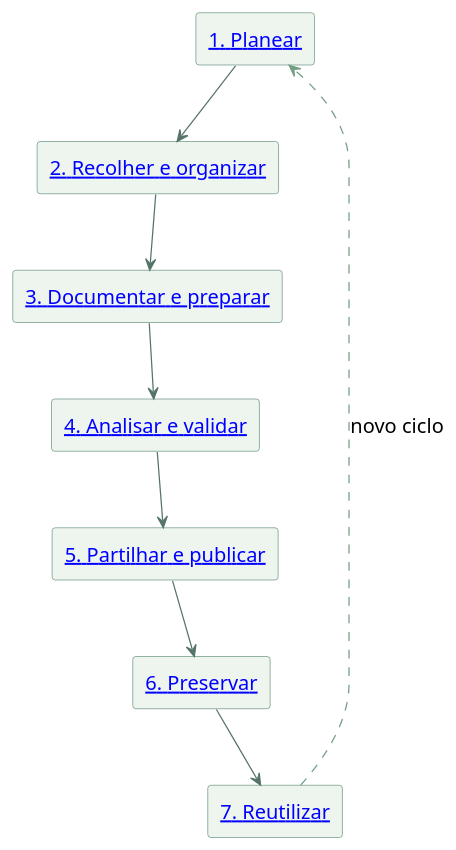
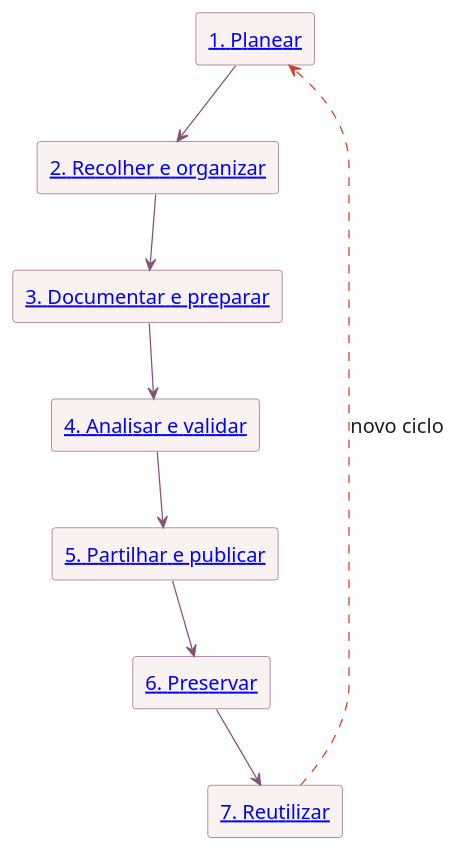
One commit to nunobett/formigas changed the diagram in diagrams/pathway-dados-1.puml. Above: the diagram before and after it, drawn with PlantUML. The commit also changed 20 other files, not shown here.

```diff
--- a/diagrams/pathway-dados-1.puml
+++ b/diagrams/pathway-dados-1.puml
@@ -1,24 +1,25 @@
 @startuml
 skinparam backgroundColor white
 skinparam defaultFontName SansSerif
 skinparam defaultFontSize 16
 skinparam shadowing false
-skinparam rectangleBackgroundColor #EEF5EF
-skinparam rectangleBorderColor #558570
-skinparam ArrowColor #557568
+skinparam defaultFontColor #1F1F1F
+skinparam rectangleBackgroundColor #FAF2F0
+skinparam rectangleBorderColor #855275
+skinparam ArrowColor #855275
 top to bottom direction
 rectangle "[[fases-dados/planear.html 1. Planear]]" as N0
 rectangle "[[fases-dados/recolher.html 2. Recolher e organizar]]" as N1
 rectangle "[[fases-dados/documentar.html 3. Documentar e preparar]]" as N2
 rectangle "[[fases-dados/analisar.html 4. Analisar e validar]]" as N3
 rectangle "[[fases-dados/publicar.html 5. Partilhar e publicar]]" as N4
 rectangle "[[fases-dados/preservar.html 6. Preservar]]" as N5
 rectangle "[[fases-dados/reutilizar.html 7. Reutilizar]]" as N6
 N0 --> N1
 N1 --> N2
 N2 --> N3
 N3 --> N4
 N4 --> N5
 N5 --> N6
-N6 -[#739E83,dashed]-> N0 : novo ciclo
+N6 -[#CC4125,dashed]-> N0 : novo ciclo
 @enduml
```
